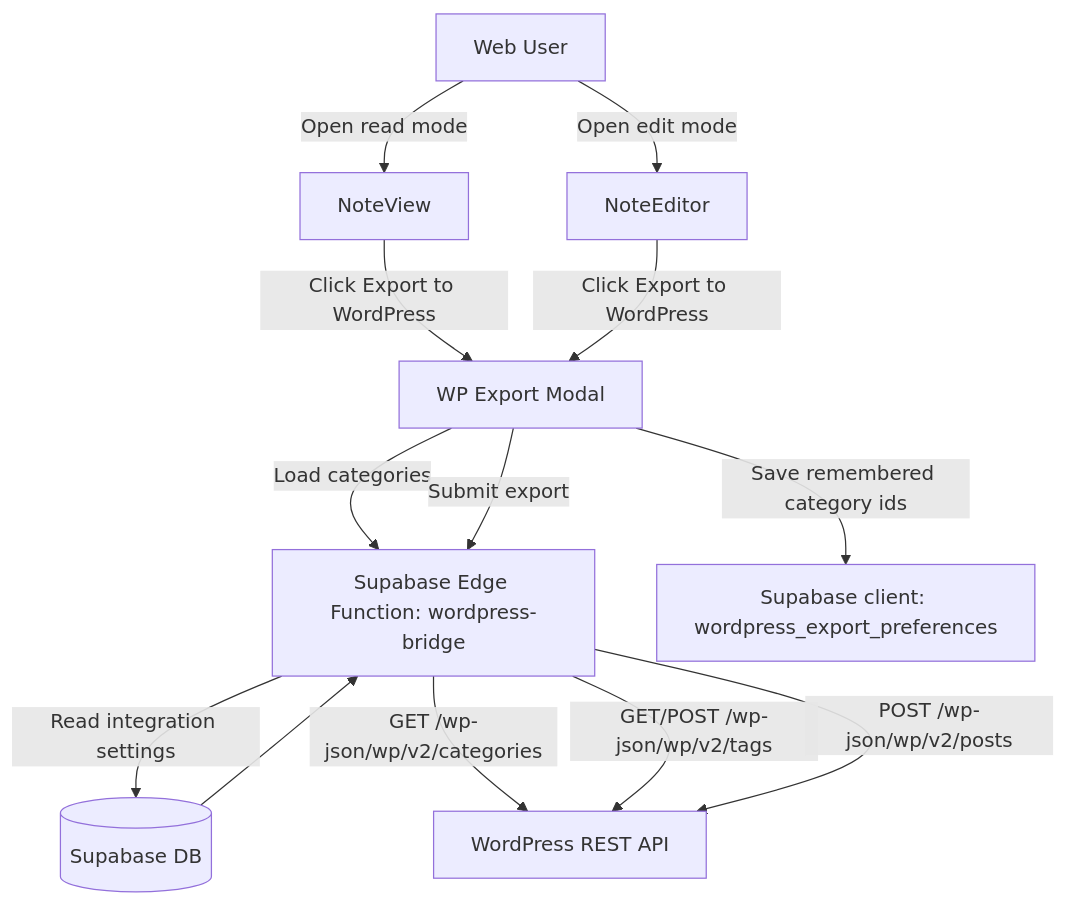
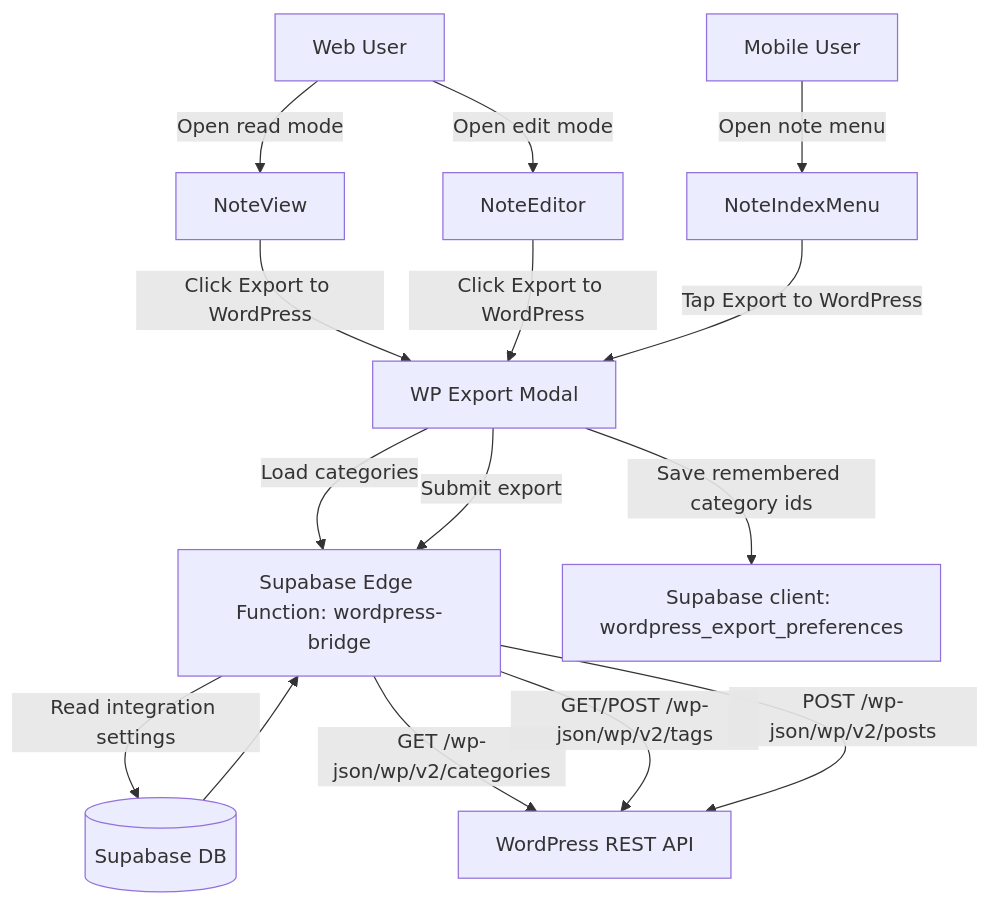
One commit to koreyba/EverFreeNote changed the diagram in docs/ai/design/feature-export-to-wordpress.md. Above: the diagram before and after it, drawn with Mermaid. The commit also changed other lines of this file and 12 other files, not shown here.

````diff
--- a/docs/ai/design/feature-export-to-wordpress.md
+++ b/docs/ai/design/feature-export-to-wordpress.md
@@ -12,18 +12,20 @@
 ```mermaid
 graph TD
   User[Web User] -->|Open read mode| NoteView[NoteView]
   User -->|Open edit mode| NoteEditor[NoteEditor]
+  MobileUser[Mobile User] -->|Open note menu| MobileNoteMenu[NoteIndexMenu]
   NoteView -->|Click Export to WordPress| ExportModal[WP Export Modal]
   NoteEditor -->|Click Export to WordPress| ExportModal
+  MobileNoteMenu -->|Tap Export to WordPress| ExportModal
 
   ExportModal -->|Load categories| WPBridge[Supabase Edge Function: wordpress-bridge]
   ExportModal -->|Submit export| WPBridge
   ExportModal -->|Save remembered category ids| PrefAPI[Supabase client: wordpress_export_preferences]
 
   WPBridge -->|Read integration settings| DB[(Supabase DB)]
   DB --> WPBridge
 
   WPBridge -->|GET /wp-json/wp/v2/categories| WordPress[WordPress REST API]
   WPBridge -->|GET/POST /wp-json/wp/v2/tags| WordPress
   WPBridge -->|POST /wp-json/wp/v2/posts| WordPress
 ```
````
